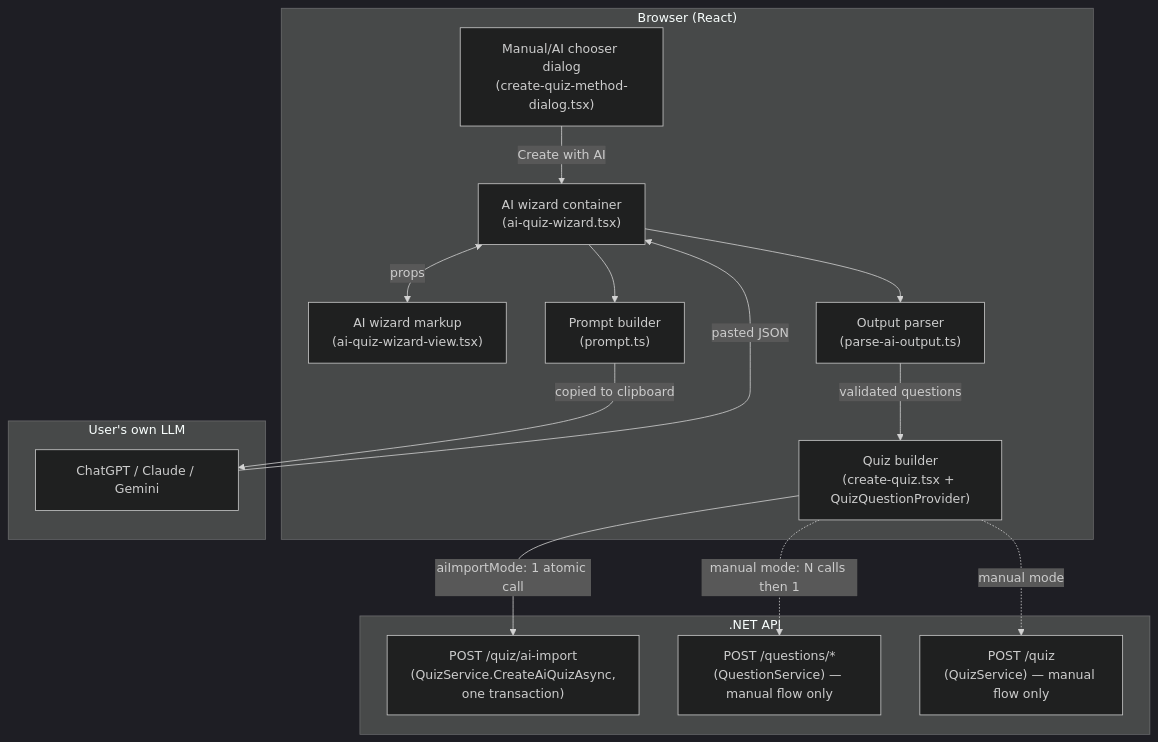
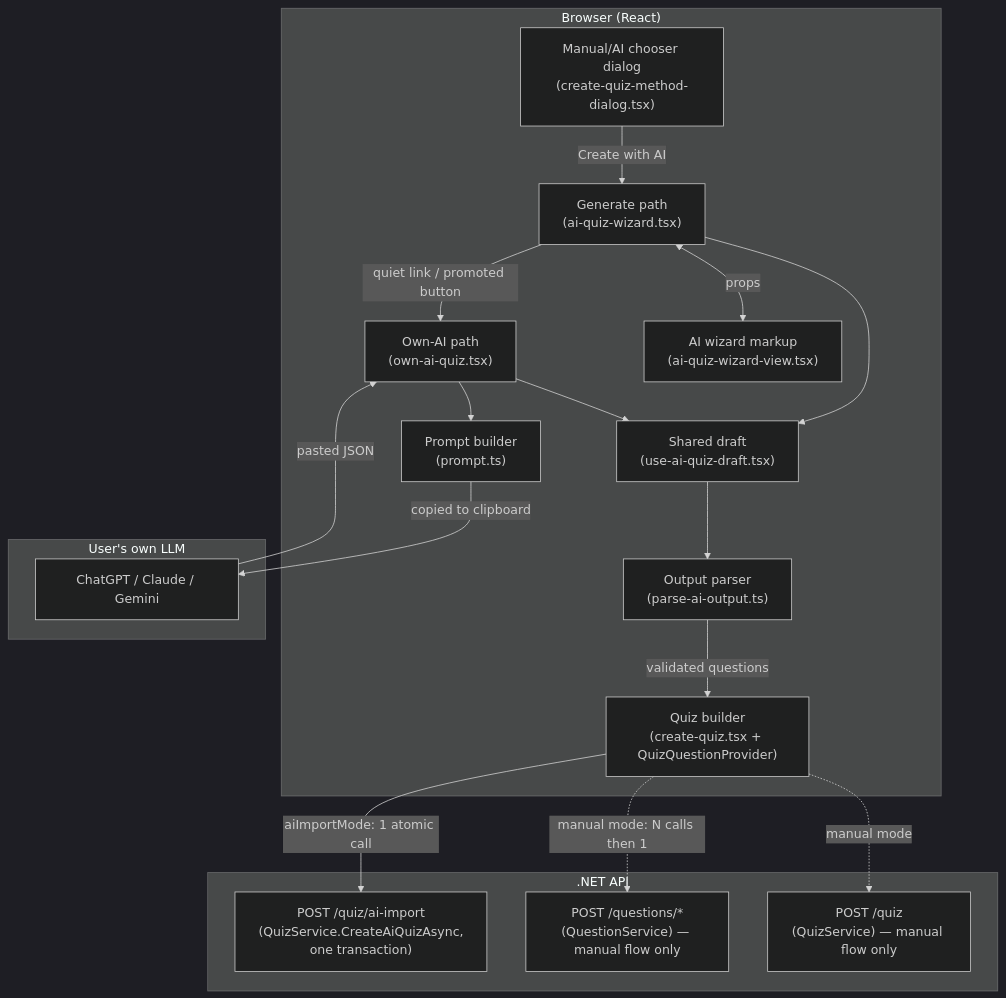
One commit to KastriotAvdiaj/OxygenQuiz changed the diagram in docs/quiz/ai-quiz-architecture.md. Above: the diagram before and after it, drawn with Mermaid (dark theme). The commit also changed other lines of this file and 44 other files, not shown here.

````diff
--- a/docs/quiz/ai-quiz-architecture.md
+++ b/docs/quiz/ai-quiz-architecture.md
@@ -29,32 +29,37 @@
 ```mermaid
 flowchart TD
     subgraph Browser["Browser (React)"]
         Modal["Manual/AI chooser dialog\n(create-quiz-method-dialog.tsx)"]
-        Wizard["AI wizard container\n(ai-quiz-wizard.tsx)"]
+        Wizard["Generate path\n(ai-quiz-wizard.tsx)"]
+        Own["Own-AI path\n(own-ai-quiz.tsx)"]
+        Draft["Shared draft\n(use-ai-quiz-draft.tsx)"]
         View["AI wizard markup\n(ai-quiz-wizard-view.tsx)"]
         Prompt["Prompt builder\n(prompt.ts)"]
         Parser["Output parser\n(parse-ai-output.ts)"]
         Form["Quiz builder\n(create-quiz.tsx + QuizQuestionProvider)"]
     end
 
     subgraph External["User's own LLM"]
         LLM["ChatGPT / Claude / Gemini"]
     end
 
     subgraph API[".NET API"]
         Import["POST /quiz/ai-import\n(QuizService.CreateAiQuizAsync,\none transaction)"]
         QCreate["POST /questions/*\n(QuestionService) — manual flow only"]
         ZCreate["POST /quiz\n(QuizService) — manual flow only"]
     end
 
     Modal -->|"Create with AI"| Wizard
     Wizard <-->|props| View
-    Wizard --> Prompt
+    Wizard -->|"quiet link / promoted button"| Own
+    Wizard --> Draft
+    Own --> Draft
+    Own --> Prompt
     Prompt -->|copied to clipboard| LLM
-    LLM -->|pasted JSON| Wizard
-    Wizard --> Parser
+    LLM -->|pasted JSON| Own
+    Draft --> Parser
     Parser -->|validated questions| Form
     Form -->|aiImportMode: 1 atomic call| Import
     Form -.->|manual mode: N calls then 1| QCreate
     Form -.->|manual mode| ZCreate
 ```
````
